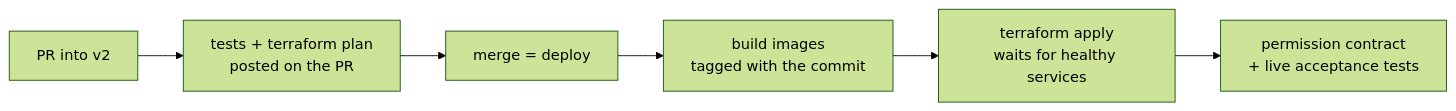
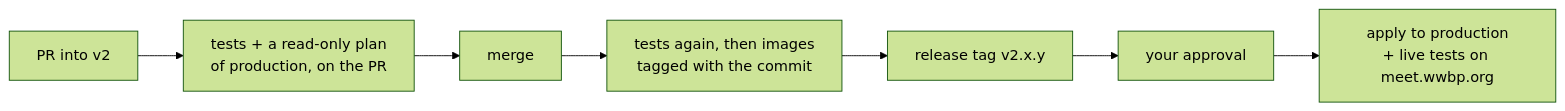
The diagram in docs/v2-deployment.md (wwbp/MeetLab), drawn with Mermaid (forest theme) before and after one commit. The commit also changed other lines of this file and 13 other files, not shown here.

First line of the commit message:
feat(pipeline): one production, no staging: merges build images, PRs plan production, releases deploy

````diff
--- a/docs/v2-deployment.md
+++ b/docs/v2-deployment.md
@@ -16,8 +19,9 @@
 ```mermaid
 flowchart LR
-  PR[PR into v2] --> T[tests + terraform plan<br/>posted on the PR]
-  T --> M[merge = deploy]
-  M --> I[build images<br/>tagged with the commit]
-  I --> A[terraform apply<br/>waits for healthy services]
-  A --> C[permission contract<br/>+ live acceptance tests]
+  PR[PR into v2] --> T[tests + a read-only plan<br/>of production, on the PR]
+  T --> M[merge]
+  M --> I[tests again, then images<br/>tagged with the commit]
+  I --> R[release tag v2.x.y]
+  R --> A[your approval]
+  A --> D[apply to production<br/>+ live tests on meet.wwbp.org]
 ```
````
